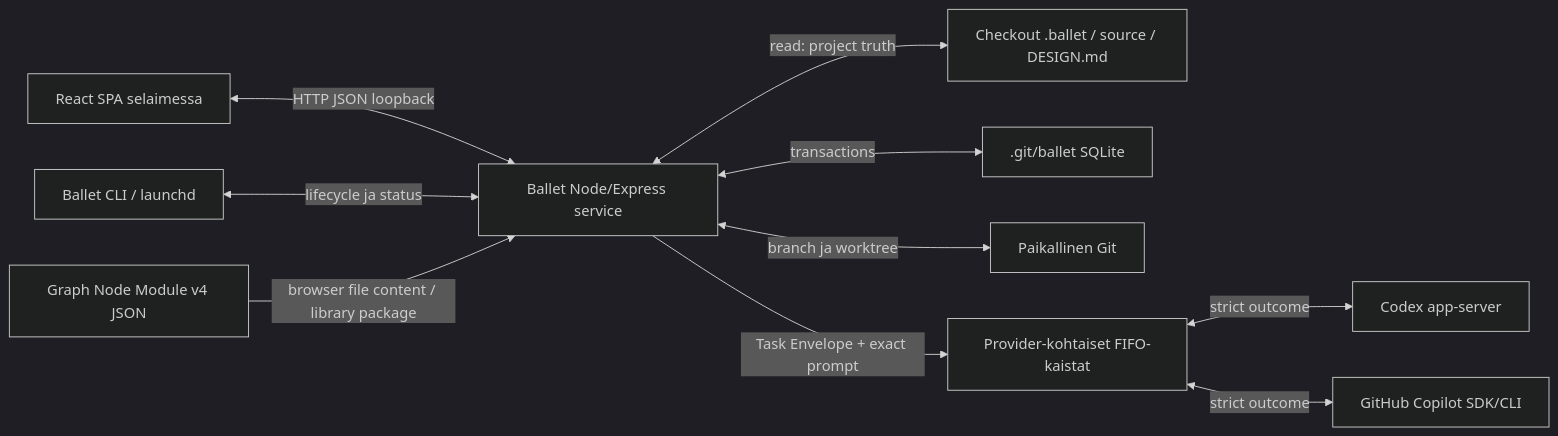
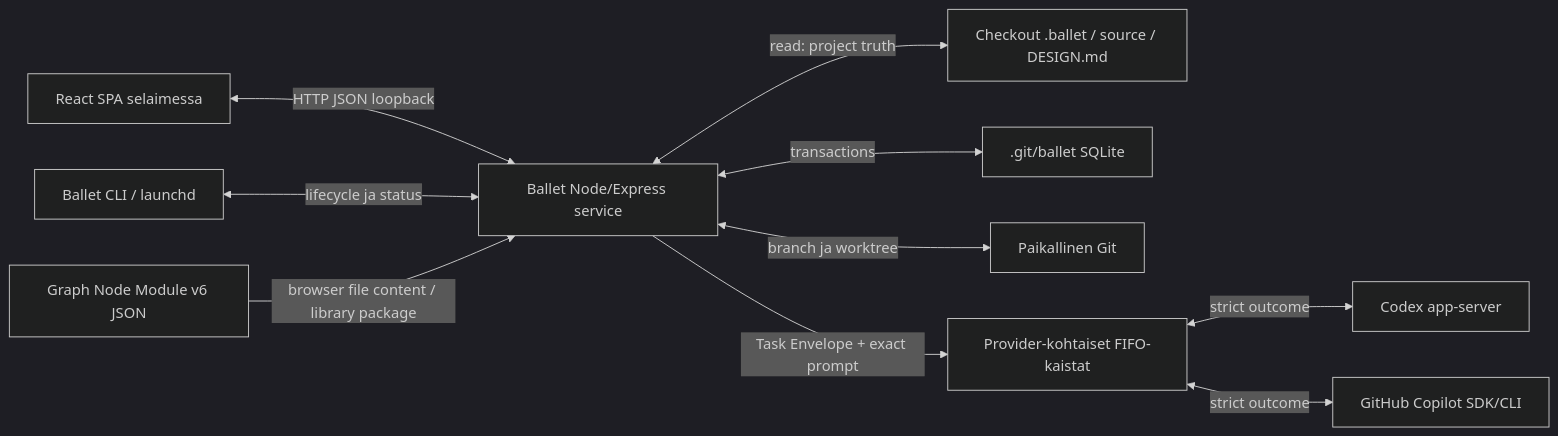
The second of 2 diagrams in .ballet/arc42/03-context-and-scope.md (isinisalo/ballet), drawn with Mermaid (dark theme) before and after one commit. The commit also changed other lines of this file and 197 other files, not shown here.

````diff
--- a/.ballet/arc42/03-context-and-scope.md
+++ b/.ballet/arc42/03-context-and-scope.md
@@ -50,12 +50,12 @@
 ```mermaid
 flowchart LR
   browser["React SPA selaimessa"] <-->|"HTTP JSON loopback"| api["Ballet Node/Express service"]
   cli["Ballet CLI / launchd"] <-->|"lifecycle ja status"| api
   api <-->|"read: project truth"| repo["Checkout .ballet / source / DESIGN.md"]
   api <-->|"transactions"| sqlite[".git/ballet SQLite"]
   api <-->|"branch ja worktree"| git["Paikallinen Git"]
   api -->|"Task Envelope + exact prompt"| lanes["Provider-kohtaiset FIFO-kaistat"]
   lanes <-->|"strict outcome"| codex["Codex app-server"]
   lanes <-->|"strict outcome"| copilot["GitHub Copilot SDK/CLI"]
-  package["Graph Node Module v4 JSON"] -->|"browser file content / library package"| api
+  package["Graph Node Module v6 JSON"] -->|"browser file content / library package"| api
 ```
````
